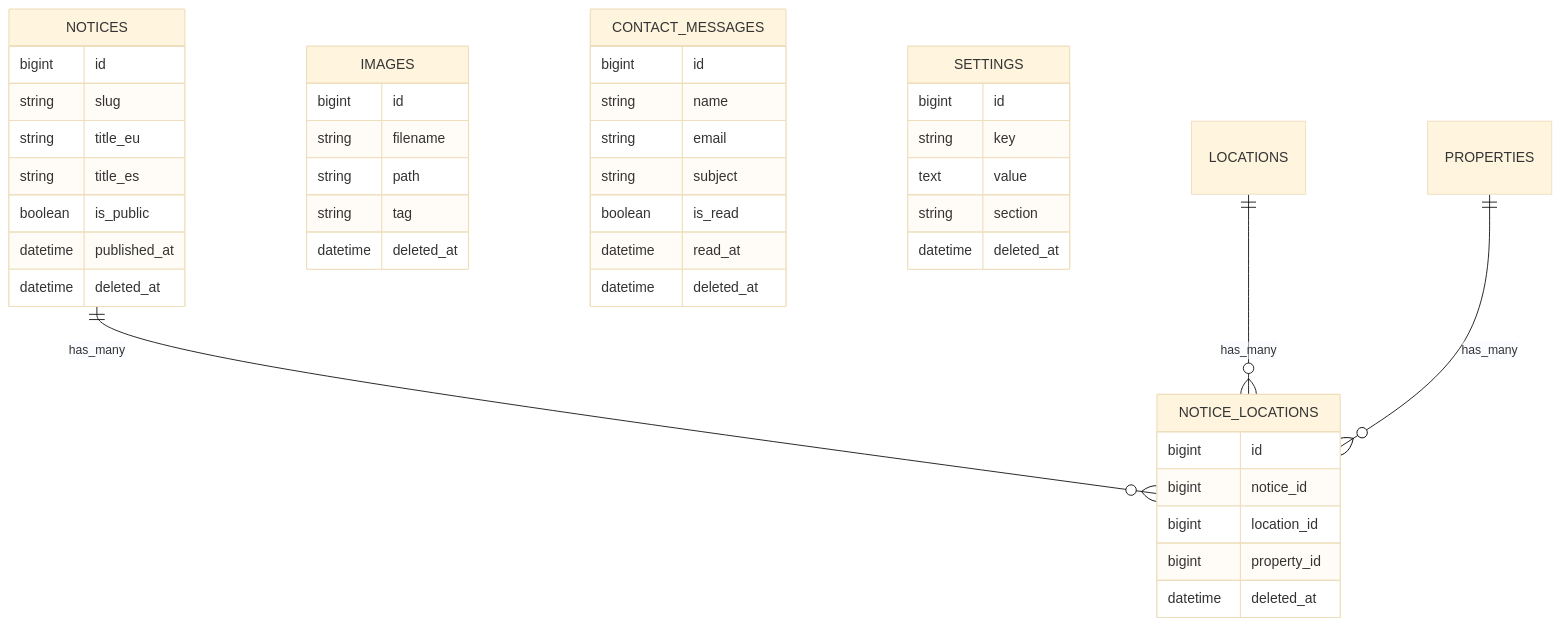
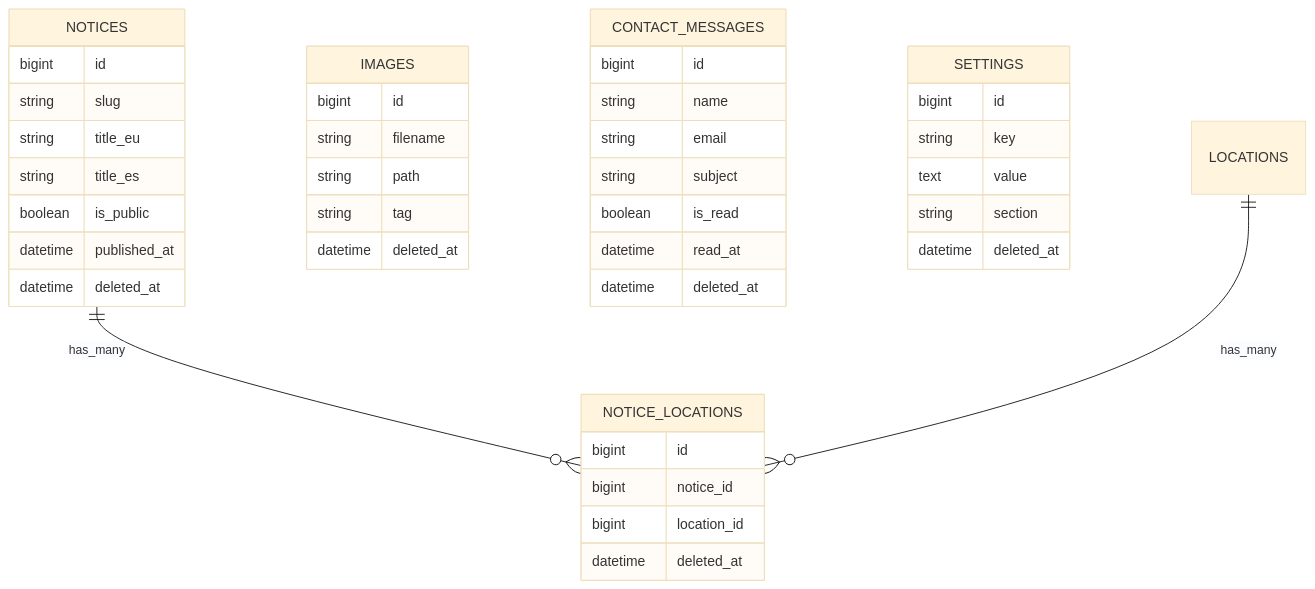
The third of 4 diagrams in .github/skills/database-schema-mermaid/SKILL.md (amaiagalvez/madaia33), drawn with Mermaid (base theme) before and after one commit. The commit also changed other lines of this file and 12 other files, not shown here.

````diff
--- a/.github/skills/database-schema-mermaid/SKILL.md
+++ b/.github/skills/database-schema-mermaid/SKILL.md
@@ -123,50 +122,48 @@
 ```mermaid
 erDiagram
     NOTICES {
         bigint id
         string slug
         string title_eu
         string title_es
         boolean is_public
         datetime published_at
         datetime deleted_at
     }
 
     NOTICE_LOCATIONS {
         bigint id
         bigint notice_id
         bigint location_id
-        bigint property_id
         datetime deleted_at
     }
 
     IMAGES {
         bigint id
         string filename
         string path
         string tag
         datetime deleted_at
     }
 
     CONTACT_MESSAGES {
         bigint id
         string name
         string email
         string subject
         boolean is_read
         datetime read_at
         datetime deleted_at
     }
 
     SETTINGS {
         bigint id
         string key
         text value
         string section
         datetime deleted_at
     }
 
     NOTICES ||--o{ NOTICE_LOCATIONS : has_many
     LOCATIONS ||--o{ NOTICE_LOCATIONS : has_many
-    PROPERTIES ||--o{ NOTICE_LOCATIONS : has_many
 ```
````
